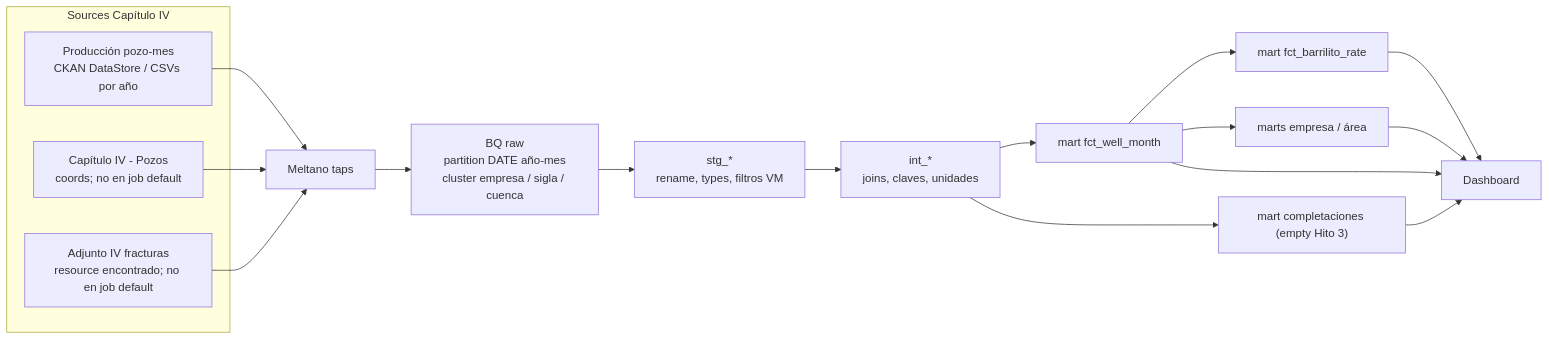
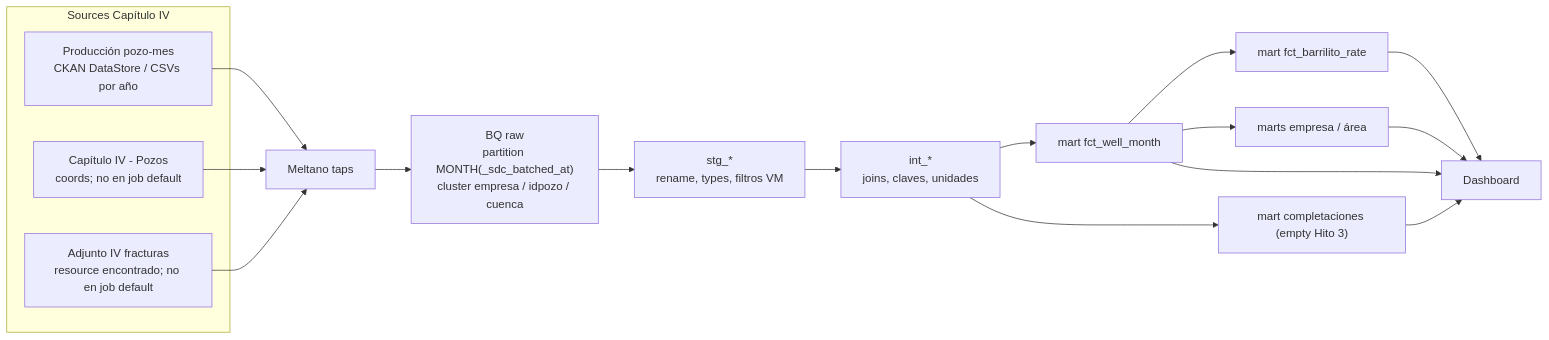
One commit to nrohland/vaca-muerta-pulse changed the third of 3 diagrams in docs/architecture.md. Above: the diagram before and after it, drawn with Mermaid. The commit also changed other lines of this file and 1 other file, not shown here.

First line of the commit message:
docs(hito-2): mermaid cluster idpozo, no sigla (#19)

````diff
--- a/docs/architecture.md
+++ b/docs/architecture.md
@@ -63,22 +63,22 @@
 ```mermaid
 flowchart LR
   subgraph Sources["Sources Capítulo IV"]
     P["Producción pozo-mes<br/>CKAN DataStore / CSVs por año"]
     W["Capítulo IV - Pozos<br/>coords; no en job default"]
     F["Adjunto IV fracturas<br/>resource encontrado; no en job default"]
   end
   P --> TAPS
   W --> TAPS
   F --> TAPS
-  TAPS["Meltano taps"] --> RAW["BQ raw<br/>partition DATE año-mes<br/>cluster empresa / sigla / cuenca"]
+  TAPS["Meltano taps"] --> RAW["BQ raw<br/>partition MONTH(_sdc_batched_at)<br/>cluster empresa / idpozo / cuenca"]
   RAW --> STG["stg_*<br/>rename, types, filtros VM"]
   STG --> INT["int_*<br/>joins, claves, unidades"]
   INT --> M1["mart fct_well_month"]
   M1 --> M4["mart fct_barrilito_rate"]
   M1 --> M2["marts empresa / área"]
   INT --> M3["mart completaciones (empty Hito 3)"]
   M1 --> WEB["Dashboard"]
   M2 --> WEB
   M3 --> WEB
   M4 --> WEB
 ```
````
